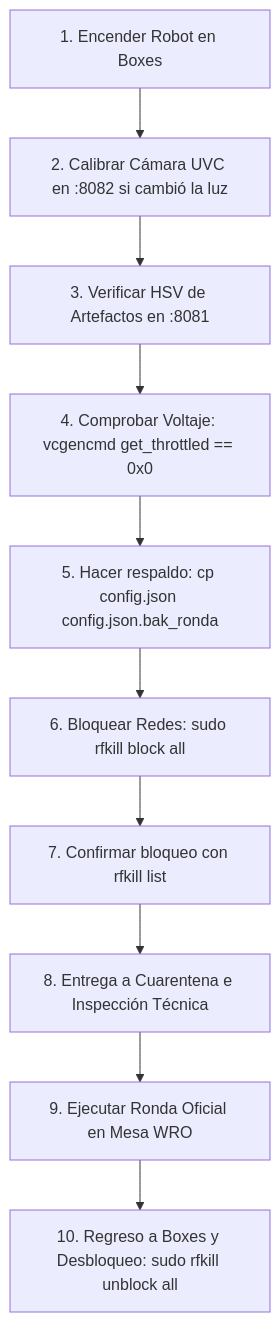
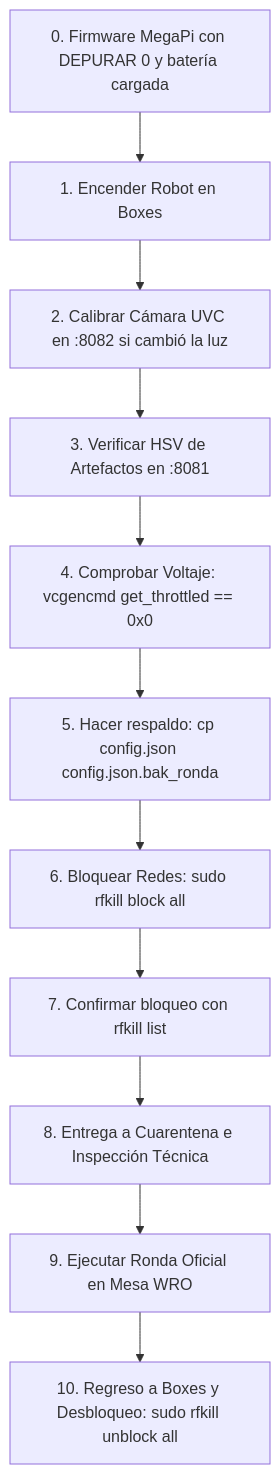
Before and after one commit to Team-Los-Cedros/WRO-RM-2026: the diagram in MANUAL_COMANDOS_WRO_2026.md, drawn with Mermaid. The commit also changed other lines of this file and 3 other files, not shown here.

````diff
--- a/MANUAL_COMANDOS_WRO_2026.md
+++ b/MANUAL_COMANDOS_WRO_2026.md
@@ -417,12 +701,13 @@
 ```mermaid
 flowchart TD
-    A[1. Encender Robot en Boxes] --> B[2. Calibrar Cámara UVC en :8082 si cambió la luz]
+    Z[0. Firmware MegaPi con DEPURAR 0 y batería cargada] --> A[1. Encender Robot en Boxes]
+    A --> B[2. Calibrar Cámara UVC en :8082 si cambió la luz]
     B --> C[3. Verificar HSV de Artefactos en :8081]
     C --> D[4. Comprobar Voltaje: vcgencmd get_throttled == 0x0]
     D --> E[5. Hacer respaldo: cp config.json config.json.bak_ronda]
     E --> F[6. Bloquear Redes: sudo rfkill block all]
     F --> G[7. Confirmar bloqueo con rfkill list]
     G --> H[8. Entrega a Cuarentena e Inspección Técnica]
     H --> I[9. Ejecutar Ronda Oficial en Mesa WRO]
     I --> J[10. Regreso a Boxes y Desbloqueo: sudo rfkill unblock all]
 ```
````
